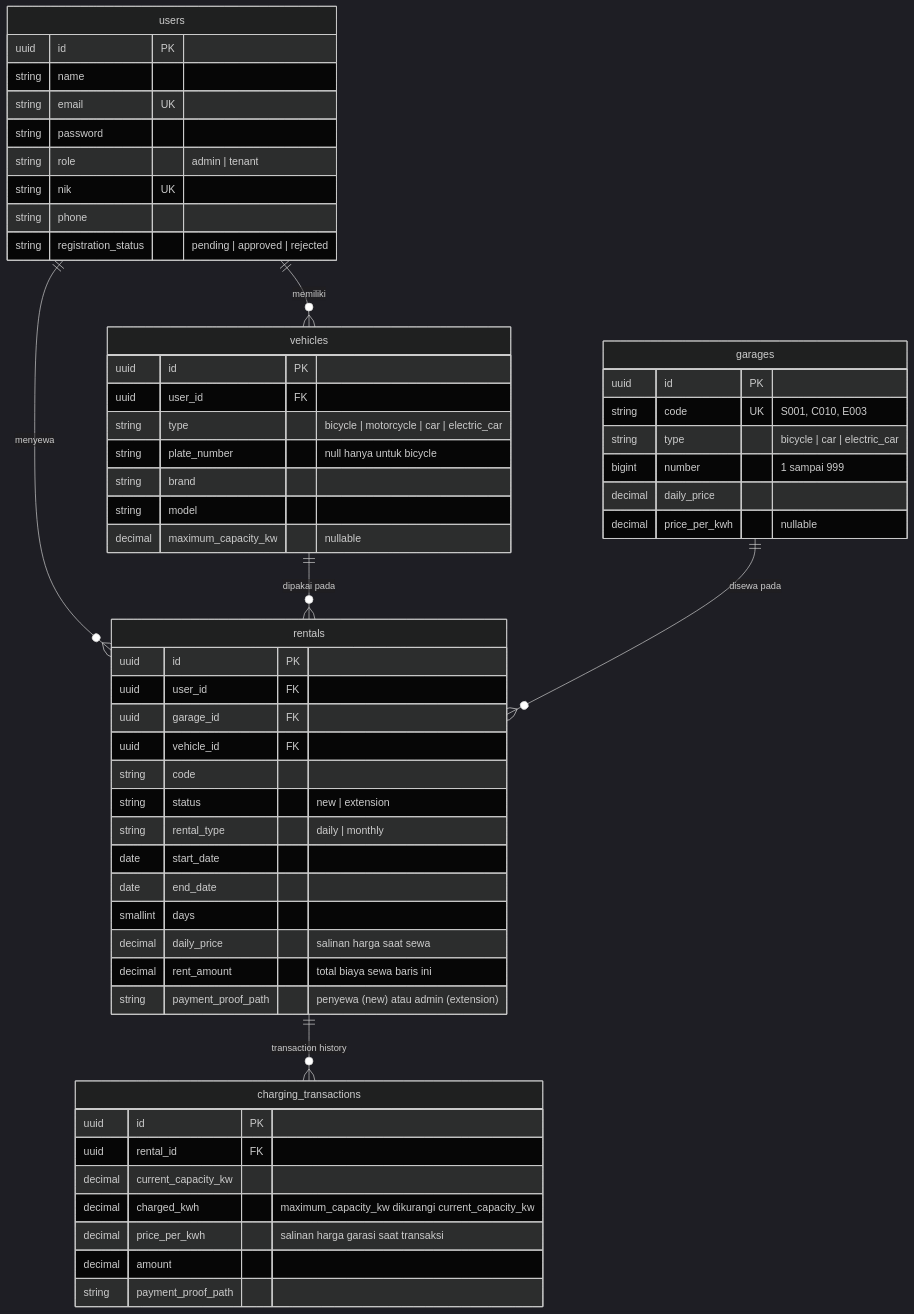
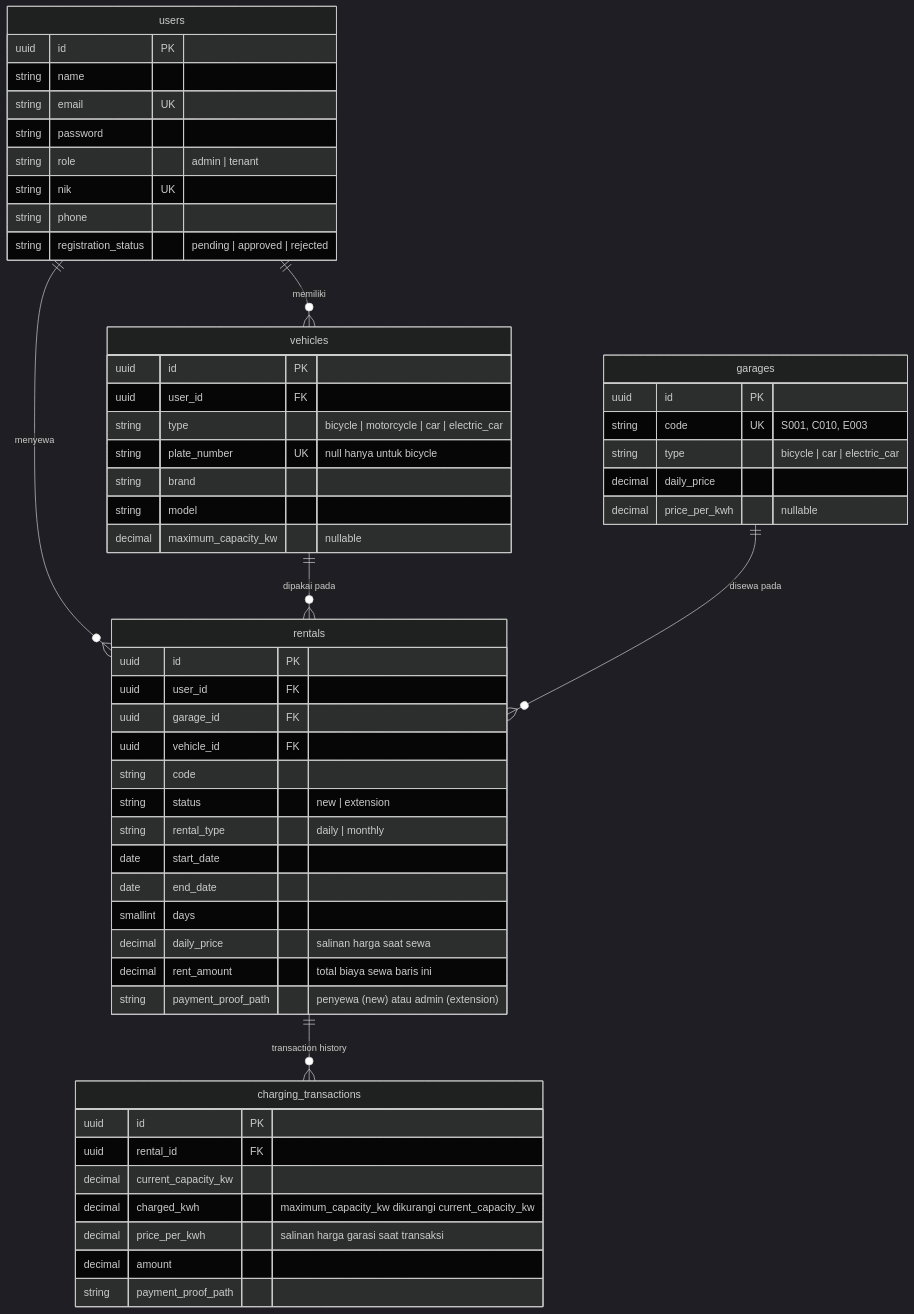
One commit to davetanjung/sertifikasi changed the diagram in docs/erd.md. Above: the diagram before and after it, drawn with Mermaid (dark theme). The commit also changed 90 other files, not shown here.

````diff
--- a/docs/erd.md
+++ b/docs/erd.md
@@ -3,64 +3,63 @@
 ```mermaid
 erDiagram
     users ||--o{ vehicles : "memiliki"
     users ||--o{ rentals : "menyewa"
     vehicles ||--o{ rentals : "dipakai pada"
     garages ||--o{ rentals : "disewa pada"
     rentals ||--o{ charging_transactions : "transaction history"
 
     users {
         uuid id PK
         string name
         string email UK
         string password
         string role "admin | tenant"
         string nik UK
         string phone
         string registration_status "pending | approved | rejected"
     }
 
     vehicles {
         uuid id PK
         uuid user_id FK
         string type "bicycle | motorcycle | car | electric_car"
-        string plate_number "null hanya untuk bicycle"
+        string plate_number UK "null hanya untuk bicycle"
         string brand
         string model
         decimal maximum_capacity_kw "nullable"
     }
 
     garages {
         uuid id PK
         string code UK "S001, C010, E003"
         string type "bicycle | car | electric_car"
-        bigint number "1 sampai 999"
         decimal daily_price
         decimal price_per_kwh "nullable"
     }
 
     rentals {
         uuid id PK
         uuid user_id FK
         uuid garage_id FK
         uuid vehicle_id FK
         string code 
         string status "new | extension"
         string rental_type "daily | monthly"
         date start_date
         date end_date
         smallint days
         decimal daily_price "salinan harga saat sewa"
         decimal rent_amount "total biaya sewa baris ini"
         string payment_proof_path "penyewa (new) atau admin (extension)"
     }
 
     charging_transactions {
         uuid id PK
         uuid rental_id FK
         decimal current_capacity_kw
         decimal charged_kwh "maximum_capacity_kw dikurangi current_capacity_kw"
         decimal price_per_kwh "salinan harga garasi saat transaksi"
         decimal amount
         string payment_proof_path 
     }
 ```
````
